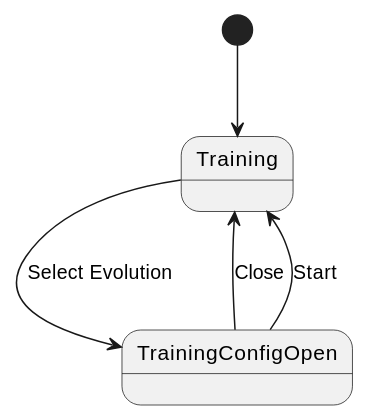
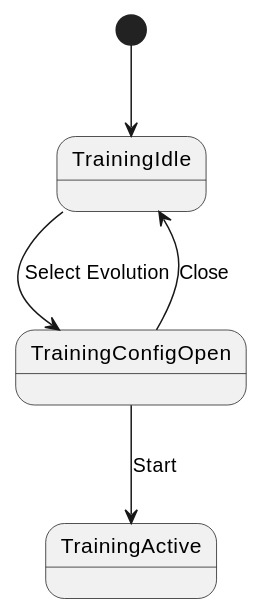
One commit to aortez/dirtsim changed the second of 2 diagrams in apps/src/ui/docs/src/screens/training-config-evolution.md. Above: the diagram before and after it, drawn with PlantUML. The commit also changed 47 other files, not shown here.

````diff
--- a/apps/src/ui/docs/src/screens/training-config-evolution.md
+++ b/apps/src/ui/docs/src/screens/training-config-evolution.md
@@ -34,9 +34,9 @@
 ```plantuml
 @startuml
-[*] --> Training
+[*] --> TrainingIdle
 
-Training --> TrainingConfigOpen : Select Evolution
-TrainingConfigOpen --> Training : Close
-TrainingConfigOpen --> Training : Start
+TrainingIdle --> TrainingConfigOpen : Select Evolution
+TrainingConfigOpen --> TrainingIdle : Close
+TrainingConfigOpen --> TrainingActive : Start
 @enduml
 ```
````
